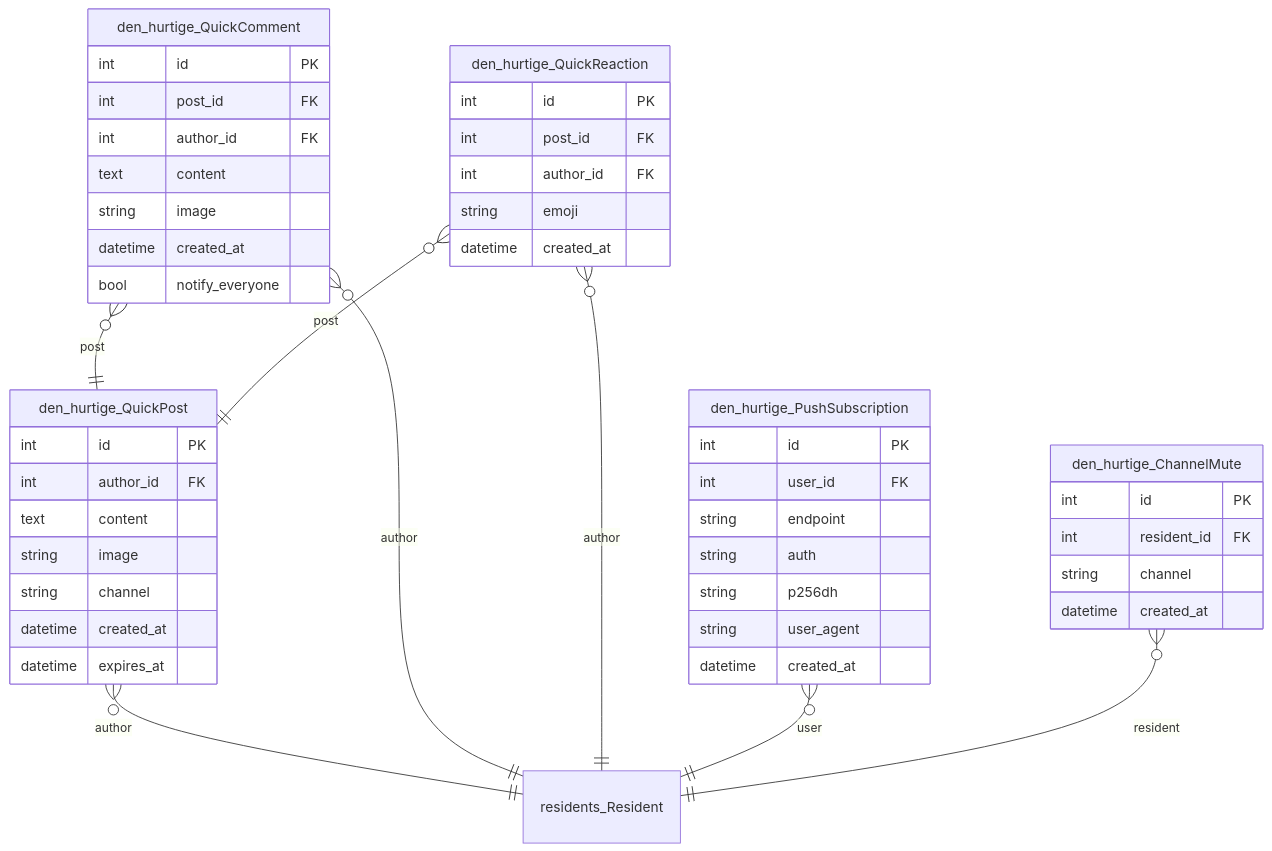
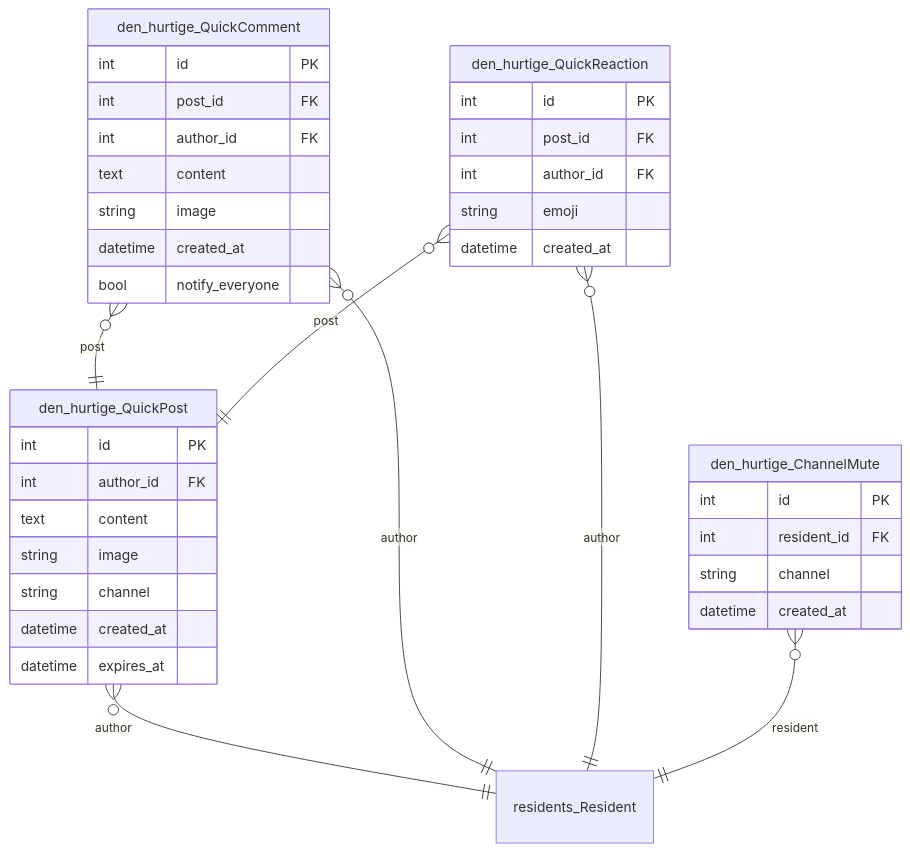
The sixth of 11 diagrams in docs/erd.md (G-A-Hagemanns-Kollegium/ny_ny_intern), drawn with Mermaid before and after one commit. The commit also changed other lines of this file and 16 other files, not shown here.

First line of the commit message:
Move Den Hurtige replies into a thread side panel (#88)

````diff
--- a/docs/erd.md
+++ b/docs/erd.md
@@ -551,57 +617,46 @@
 ```mermaid
 erDiagram
     den_hurtige_QuickPost {
         int id PK
         int author_id FK
         text content
         string image
         string channel
         datetime created_at
         datetime expires_at
     }
 
     den_hurtige_QuickComment {
         int id PK
         int post_id FK
         int author_id FK
         text content
         string image
         datetime created_at
         bool notify_everyone
     }
 
     den_hurtige_QuickReaction {
         int id PK
         int post_id FK
         int author_id FK
         string emoji
         datetime created_at
     }
 
-    den_hurtige_PushSubscription {
-        int id PK
-        int user_id FK
-        string endpoint
-        string auth
-        string p256dh
-        string user_agent
-        datetime created_at
-    }
-
     den_hurtige_ChannelMute {
         int id PK
         int resident_id FK
         string channel
         datetime created_at
     }
 
     residents_Resident { }
 
     den_hurtige_QuickPost }o--|| residents_Resident : "author"
     den_hurtige_QuickComment }o--|| den_hurtige_QuickPost : "post"
     den_hurtige_QuickComment }o--|| residents_Resident : "author"
     den_hurtige_QuickReaction }o--|| den_hurtige_QuickPost : "post"
     den_hurtige_QuickReaction }o--|| residents_Resident : "author"
-    den_hurtige_PushSubscription }o--|| residents_Resident : "user"
     den_hurtige_ChannelMute }o--|| residents_Resident : "resident"
 ```
````
